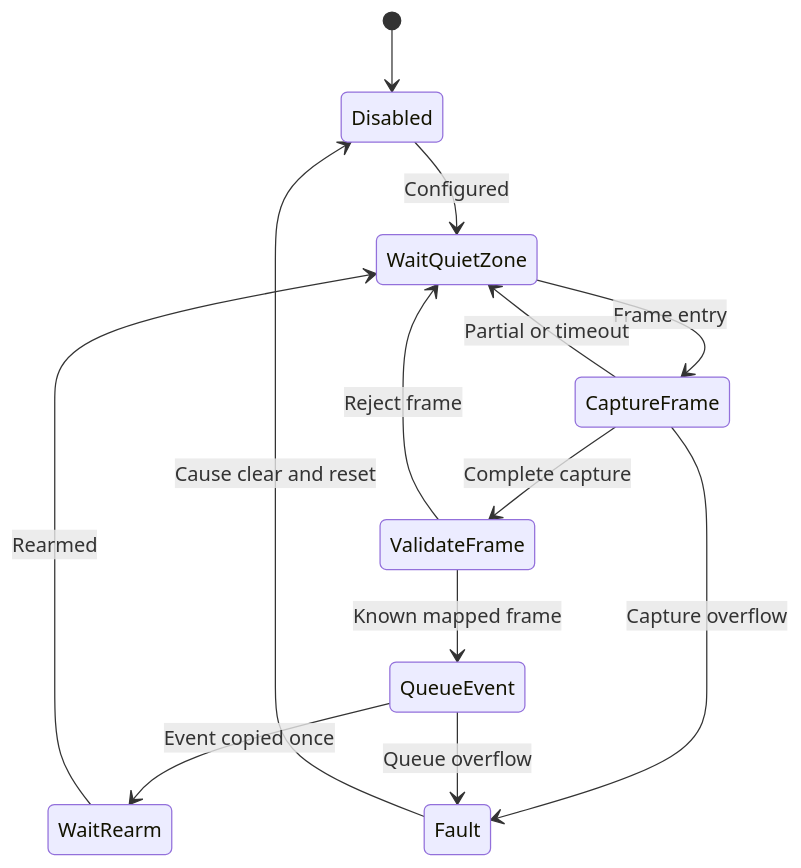
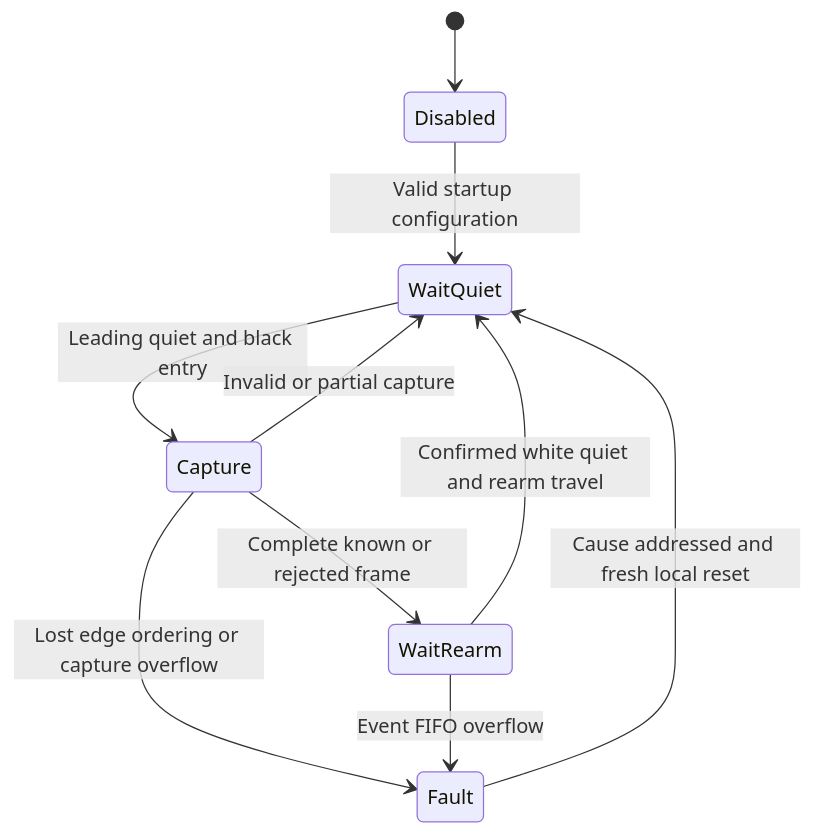
One commit to shauniee/Autonomous-Robotic-Car changed the diagram in docs/architecture/BARCODE.md. Above: the diagram before and after it, drawn with Mermaid. The commit also changed other lines of this file and 11 other files, not shown here.

````diff
--- a/docs/architecture/BARCODE.md
+++ b/docs/architecture/BARCODE.md
@@ -13,15 +25,12 @@
 ```mermaid
 stateDiagram-v2
     [*] --> Disabled
-    Disabled --> WaitQuietZone: Configured
-    WaitQuietZone --> CaptureFrame: Frame entry
-    CaptureFrame --> ValidateFrame: Complete capture
-    CaptureFrame --> WaitQuietZone: Partial or timeout
-    ValidateFrame --> QueueEvent: Known mapped frame
-    ValidateFrame --> WaitQuietZone: Reject frame
-    QueueEvent --> WaitRearm: Event copied once
-    WaitRearm --> WaitQuietZone: Rearmed
-    CaptureFrame --> Fault: Capture overflow
-    QueueEvent --> Fault: Queue overflow
-    Fault --> Disabled: Cause clear and reset
+    Disabled --> WaitQuiet: Valid startup configuration
+    WaitQuiet --> Capture: Leading quiet and black entry
+    Capture --> WaitQuiet: Invalid or partial capture
+    Capture --> WaitRearm: Complete known or rejected frame
+    WaitRearm --> WaitQuiet: Confirmed white quiet and rearm travel
+    Capture --> Fault: Lost edge ordering or capture overflow
+    WaitRearm --> Fault: Event FIFO overflow
+    Fault --> WaitQuiet: Cause addressed and fresh local reset
 ```
````
